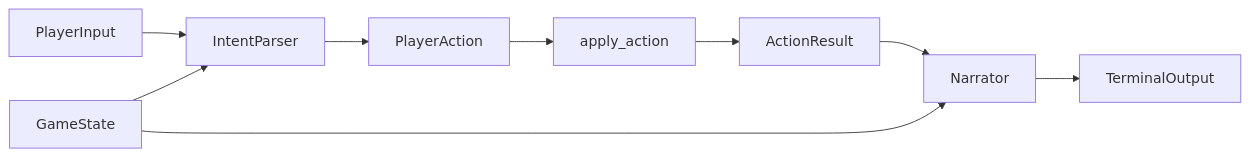
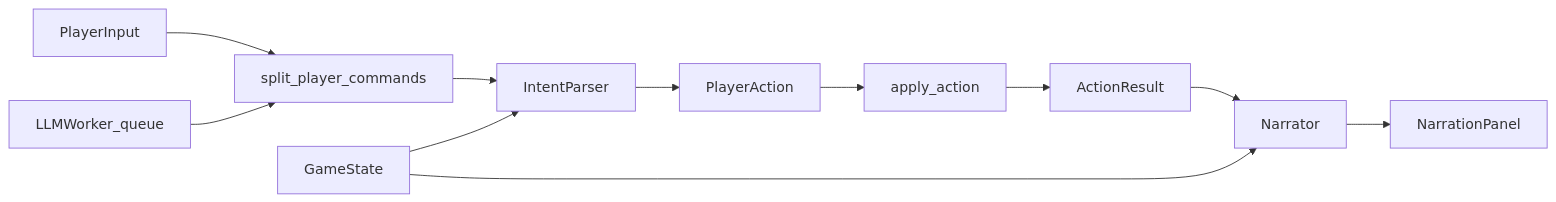
Before and after one commit to Tristan-Robinson/GADS-P2: the diagram in ollama-plan.md, drawn with Mermaid. The commit also changed other lines of this file and 44 other files, not shown here.

````diff
--- a/ollama-plan.md
+++ b/ollama-plan.md
@@ -87,11 +101,13 @@
 ```mermaid
 flowchart LR
-  playerInput[PlayerInput] --> parser[IntentParser]
+  playerInput[PlayerInput] --> split[split_player_commands]
+  split --> parser[IntentParser]
   parser --> playerAction[PlayerAction]
   playerAction --> engine[apply_action]
   engine --> actionResult[ActionResult]
   actionResult --> narrator[Narrator]
-  narrator --> terminal[TerminalOutput]
+  narrator --> gui[NarrationPanel]
   gameState[GameState] --> parser
   gameState --> narrator
+  worker[LLMWorker_queue] --> split
 ```
````
